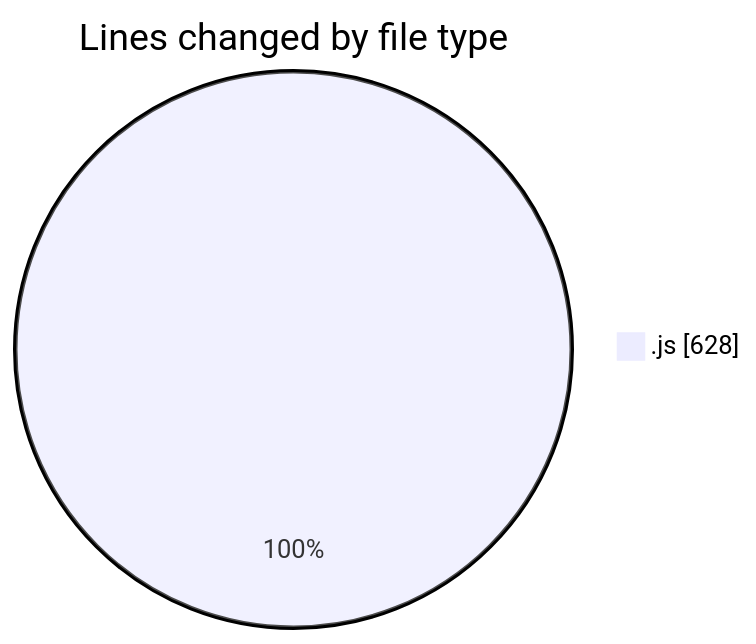
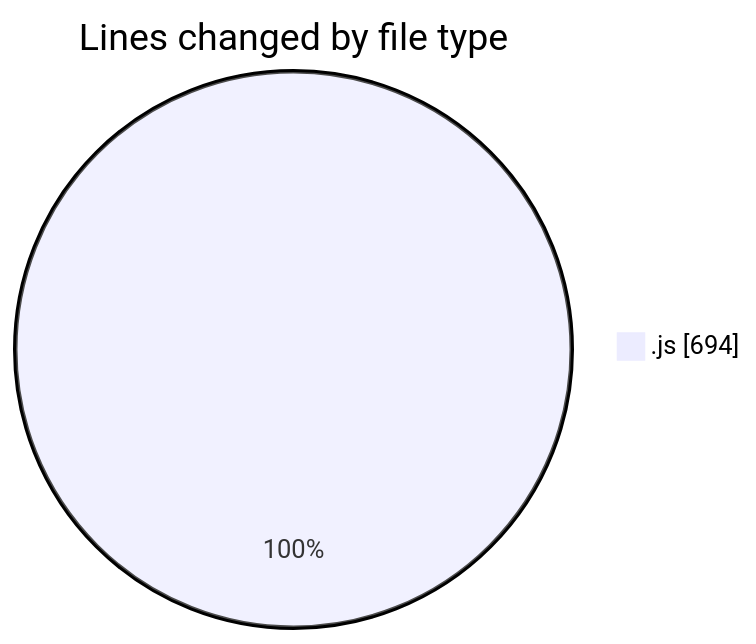
The first of 2 diagrams in 2025-07-26/javascript/README.md (Ritupan-Deka/code-tracking), drawn with Mermaid before and after one commit. The commit also changed other lines of this file and 1 other file, not shown here.

````diff
--- a/2025-07-26/javascript/README.md
+++ b/2025-07-26/javascript/README.md
@@ -21,5 +21,5 @@
 ```mermaid
 pie showData
 title Lines changed by file type
-".js" : 628
+".js" : 694
 ```
````
